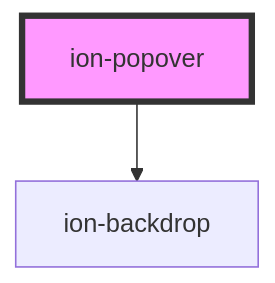
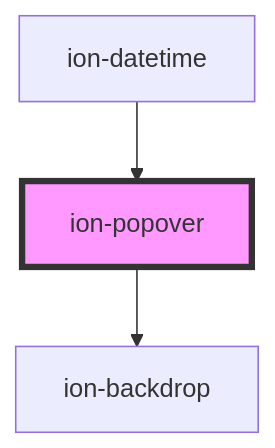
The diagram in core/src/components/popover/readme.md (Ryu9425/ang_ionic), drawn with Mermaid before and after one commit. The commit also changed other lines of this file and 13 other files, not shown here.

````diff
--- a/core/src/components/popover/readme.md
+++ b/core/src/components/popover/readme.md
@@ -641,5 +645,6 @@
 ```mermaid
 graph TD;
   ion-popover --> ion-backdrop
+  ion-datetime --> ion-popover
   style ion-popover fill:#f9f,stroke:#333,stroke-width:4px
 ```
````
